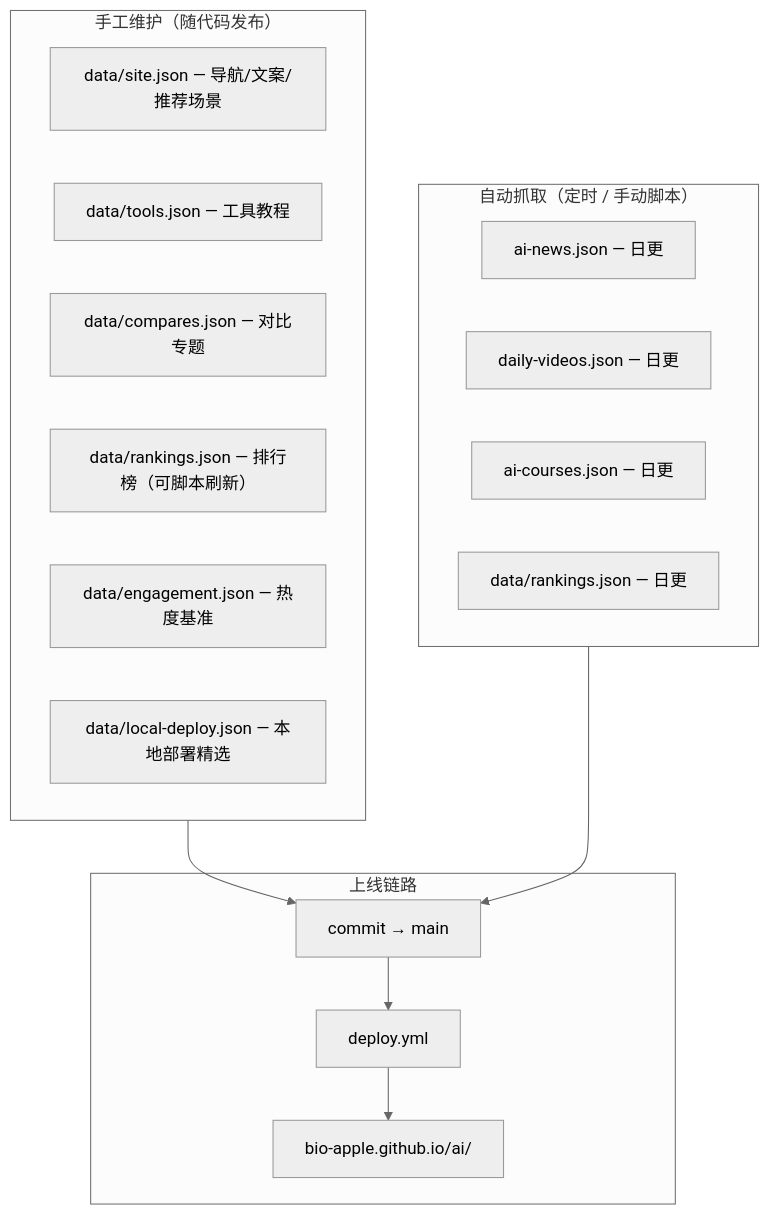
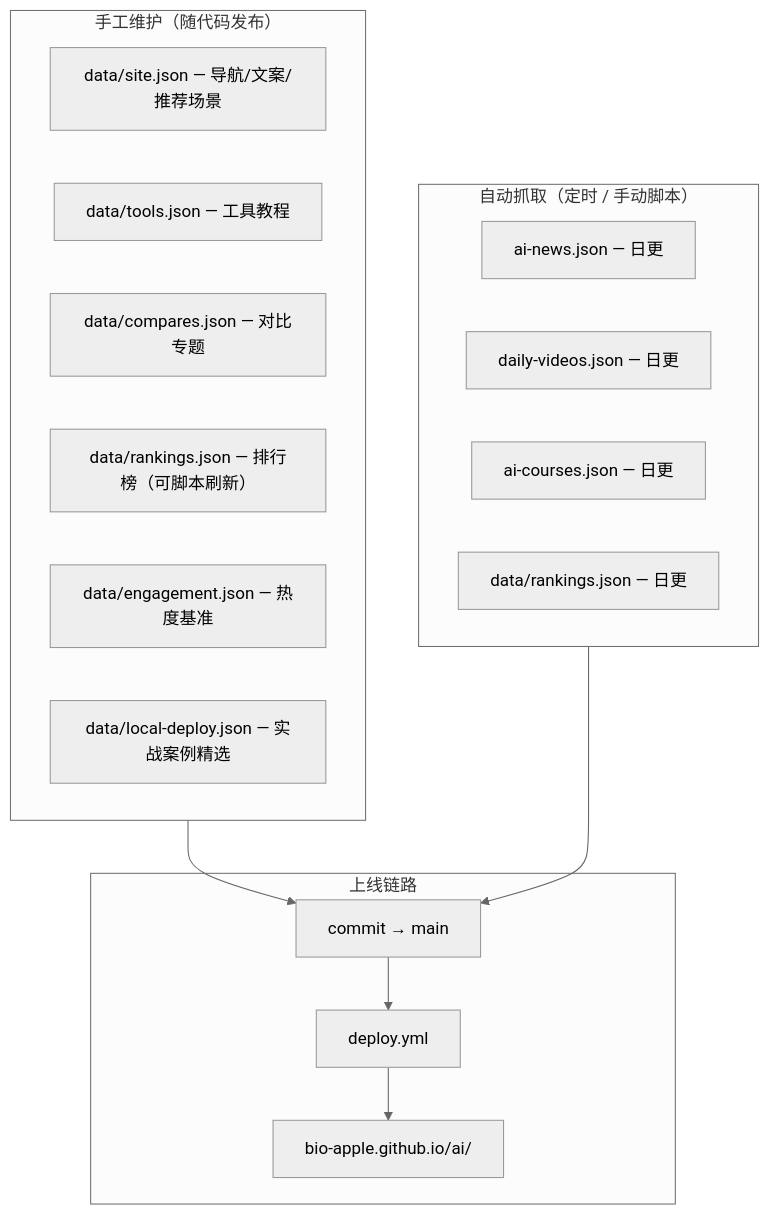
The first of 2 diagrams in docs/CONTENT-OPS.md (bio-apple/ai), drawn with Mermaid (neutral theme) before and after one commit. The commit also changed other lines of this file and 26 other files, not shown here.

````diff
--- a/docs/CONTENT-OPS.md
+++ b/docs/CONTENT-OPS.md
@@ -11,28 +11,28 @@
 ```mermaid
 flowchart TB
   subgraph manual["手工维护（随代码发布）"]
     M1["data/site.json — 导航/文案/推荐场景"]
     M2["data/tools.json — 工具教程"]
     M3["data/compares.json — 对比专题"]
     M4["data/rankings.json — 排行榜（可脚本刷新）"]
     M5["data/engagement.json — 热度基准"]
-    M6["data/local-deploy.json — 本地部署精选"]
+    M6["data/local-deploy.json — 实战案例精选"]
   end
 
   subgraph auto["自动抓取（定时 / 手动脚本）"]
     A1["ai-news.json — 日更"]
     A2["daily-videos.json — 日更"]
     A3["ai-courses.json — 日更"]
     A4["data/rankings.json — 日更"]
   end
 
   subgraph pipeline["上线链路"]
     GIT["commit → main"]
     DEPLOY["deploy.yml"]
     LIVE["bio-apple.github.io/ai/"]
   end
 
   manual --> GIT
   auto --> GIT
   GIT --> DEPLOY --> LIVE
 ```
````
